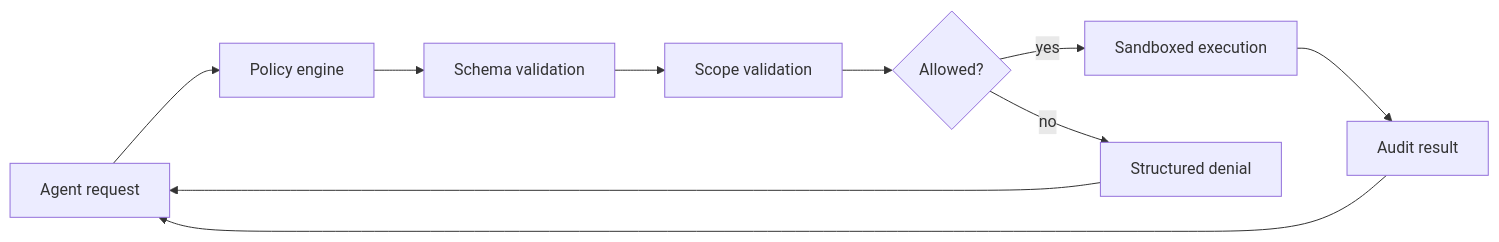
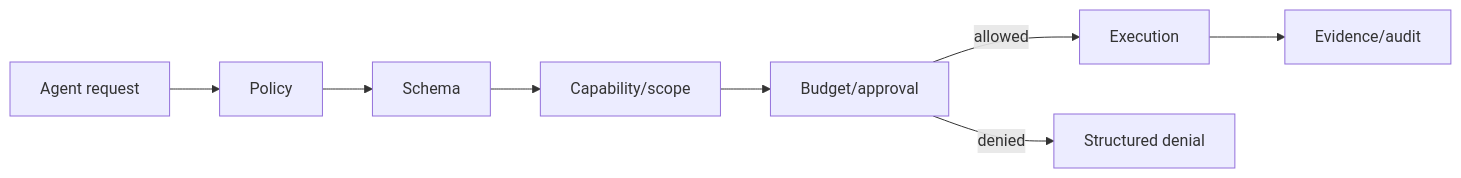
The diagram in docs/agent-architecture/SECURITY_AND_SANDBOXING.md (ORCHORDS-LCC/OAI-2.0), drawn with Mermaid before and after one commit. The commit also changed other lines of this file and 23 other files, not shown here.

````diff
--- a/docs/agent-architecture/SECURITY_AND_SANDBOXING.md
+++ b/docs/agent-architecture/SECURITY_AND_SANDBOXING.md
@@ -7,12 +21,10 @@
 ```mermaid
 flowchart LR
-    M[Agent request] --> P[Policy engine]
-    P --> S[Schema validation]
-    S --> C[Scope validation]
-    C --> A{Allowed?}
-    A -->|yes| X[Sandboxed execution]
-    A -->|no| D[Structured denial]
-    X --> L[Audit result]
-    L --> M
-    D --> M
+    M[Agent request] --> P[Policy]
+    P --> S[Schema]
+    S --> C[Capability/scope]
+    C --> B[Budget/approval]
+    B -->|allowed| X[Execution]
+    B -->|denied| D[Structured denial]
+    X --> E[Evidence/audit]
 ```
````
